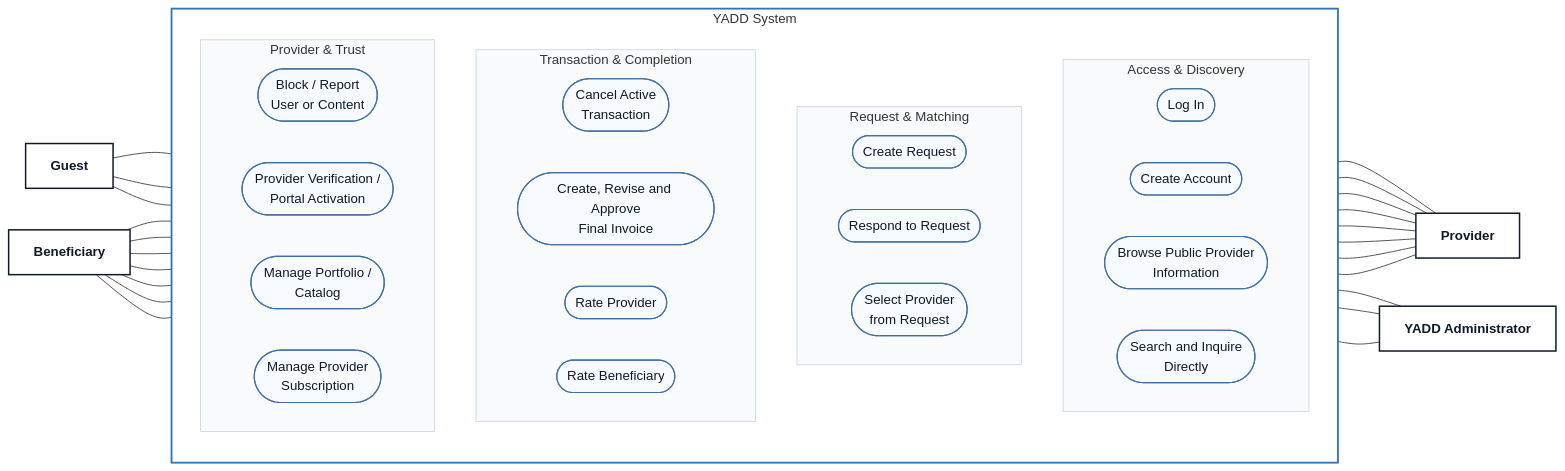
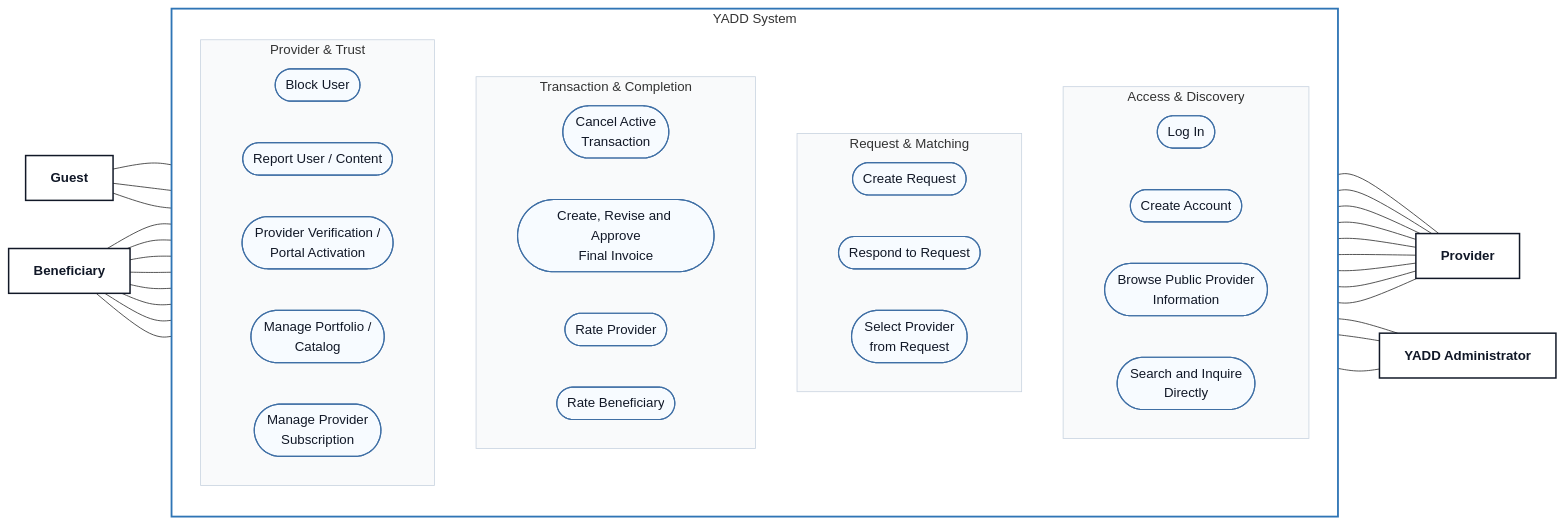
The diagram in diagrams/03-analysis/uml/use-case/00-main-overview.md (Yadd-SanaaUniversityGraduationProject/yadd), drawn with Mermaid before and after one commit. The commit also changed other lines of this file, not shown here.

Commit message:
Keep block and report separate in use case overview

````diff
--- a/diagrams/03-analysis/uml/use-case/00-main-overview.md
+++ b/diagrams/03-analysis/uml/use-case/00-main-overview.md
@@ -16,77 +16,80 @@
 ```mermaid
 flowchart LR
     G["Guest"]:::actor
     B["Beneficiary"]:::actor
 
     subgraph SYS["YADD System"]
         direction TB
 
         subgraph ACCESS["Access & Discovery"]
             direction LR
             LOGIN(["Log In"]):::usecase
             REGISTER(["Create Account"]):::usecase
             UC00(["Browse Public Provider<br/>Information"]):::usecase
             UC01(["Search and Inquire<br/>Directly"]):::usecase
         end
 
         subgraph REQUESTS["Request & Matching"]
             direction LR
             UC02(["Create Request"]):::usecase
             UC03(["Respond to Request"]):::usecase
             UC04(["Select Provider<br/>from Request"]):::usecase
         end
 
         subgraph TRANSACTIONS["Transaction & Completion"]
             direction LR
             UC05(["Cancel Active<br/>Transaction"]):::usecase
             UC06(["Create, Revise and Approve<br/>Final Invoice"]):::usecase
             UC07(["Rate Provider"]):::usecase
             UC07B(["Rate Beneficiary"]):::usecase
         end
 
         subgraph TRUST["Provider & Trust"]
             direction LR
-            UC08(["Block / Report<br/>User or Content"]):::usecase
+            BLOCK(["Block User"]):::usecase
+            REPORT(["Report User / Content"]):::usecase
             UC09(["Provider Verification /<br/>Portal Activation"]):::usecase
             UC10(["Manage Portfolio /<br/>Catalog"]):::usecase
             SUB(["Manage Provider<br/>Subscription"]):::usecase
         end
     end
 
     P["Provider"]:::actor
     A["YADD Administrator"]:::actor
 
     G --- LOGIN
     G --- REGISTER
     G --- UC00
 
     B --- UC01
     B --- UC02
     B --- UC04
     B --- UC05
     B --- UC06
     B --- UC07
-    B --- UC08
+    B --- BLOCK
+    B --- REPORT
 
     UC01 --- P
     UC03 --- P
     UC05 --- P
     UC06 --- P
     UC07B --- P
-    UC08 --- P
+    BLOCK --- P
+    REPORT --- P
     UC09 --- P
     UC10 --- P
 
-    UC08 --- A
+    REPORT --- A
     UC09 --- A
     SUB --- A
 
     classDef actor fill:#FFFFFF,stroke:#111827,stroke-width:1.8px,color:#111827,font-weight:bold;
     classDef usecase fill:#F7FBFF,stroke:#3F6FA5,stroke-width:1.4px,color:#111827;
 
     style SYS fill:#FFFFFF,stroke:#2F75B5,stroke-width:2.2px
     style ACCESS fill:#F9FAFB,stroke:#CBD5E1,stroke-width:1px
     style REQUESTS fill:#F9FAFB,stroke:#CBD5E1,stroke-width:1px
     style TRANSACTIONS fill:#F9FAFB,stroke:#CBD5E1,stroke-width:1px
     style TRUST fill:#F9FAFB,stroke:#CBD5E1,stroke-width:1px
 ```
````
